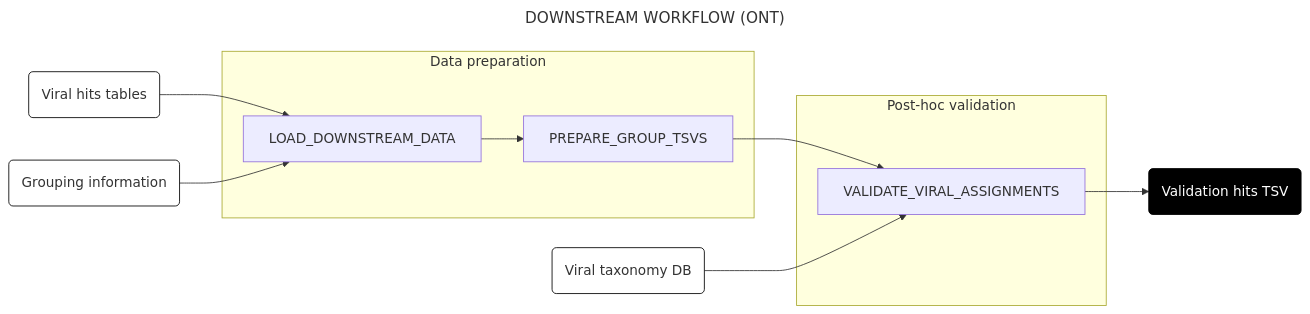
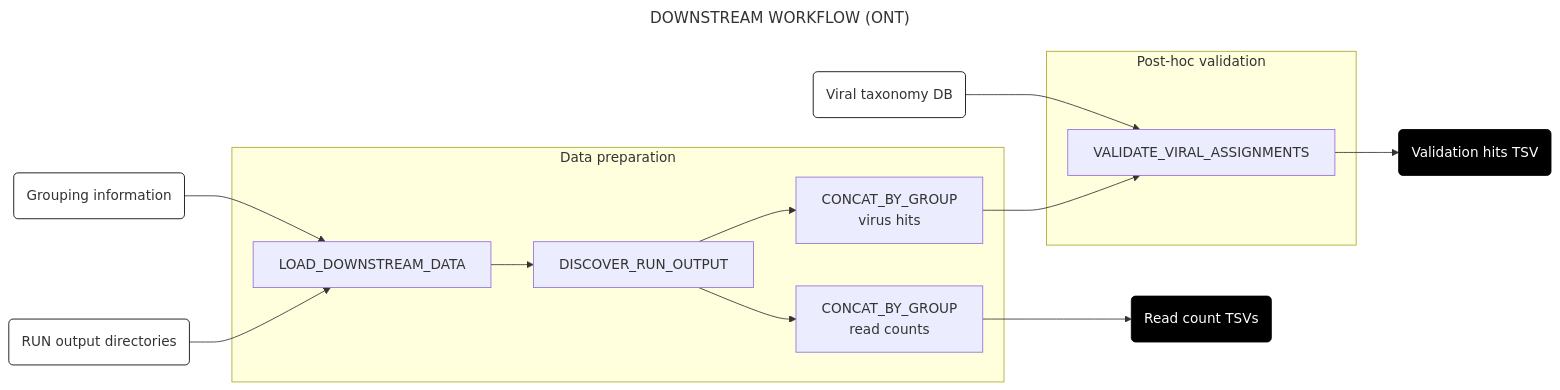
One commit to securebio/nao-mgs-workflow changed the second of 10 diagrams in docs/downstream.md. Above: the diagram before and after it, drawn with Mermaid. The commit also changed other lines of this file and 24 other files, not shown here.

First line of the commit message:
Add group-level read counts to DOWNSTREAM output (#659)

````diff
--- a/docs/downstream.md
+++ b/docs/downstream.md
@@ -57,24 +63,30 @@
 ```mermaid
 ---
 title: DOWNSTREAM WORKFLOW (ONT)
 config:
   layout: horizontal
 ---
 flowchart LR
-A(Viral hits tables) & B(Grouping information) --> C[LOAD_DOWNSTREAM_DATA]
-C --> D[PREPARE_GROUP_TSVS]
+A(RUN output directories) & B(Grouping information) --> C[LOAD_DOWNSTREAM_DATA]
+C --> N[DISCOVER_RUN_OUTPUT]
+N --> D[CONCAT_BY_GROUP<br>virus hits]
+N --> R[CONCAT_BY_GROUP<br>read counts]
+R --> S(Read count TSVs)
 D --> F[VALIDATE_VIRAL_ASSIGNMENTS]
 G(Viral taxonomy DB) --> F
 F --> H(Validation hits TSV)
 subgraph "Data preparation"
 C
+N
 D
+R
 end
 subgraph "Post-hoc validation"
 F
 end
 style A fill:#fff,stroke:#000
 style B fill:#fff,stroke:#000
 style G fill:#fff,stroke:#000
 style H fill:#000,color:#fff,stroke:#000
+style S fill:#000,color:#fff,stroke:#000
 ```
````
